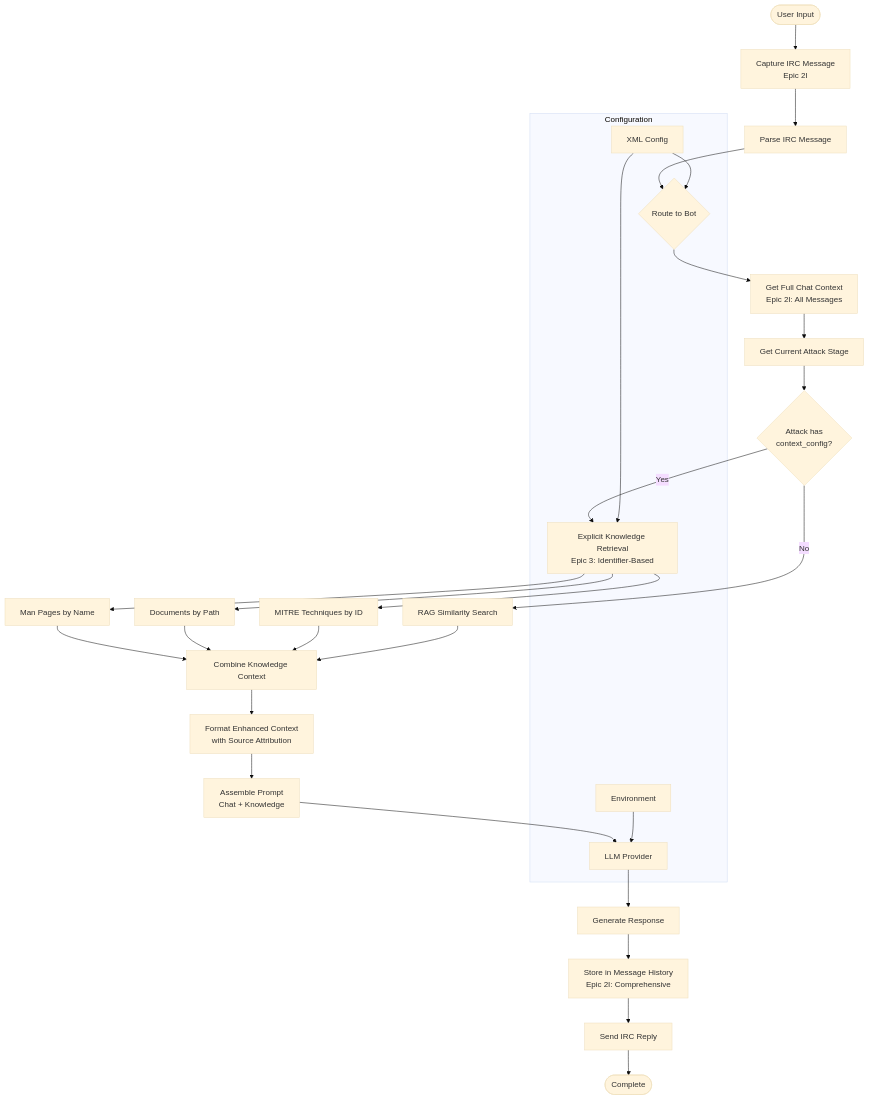
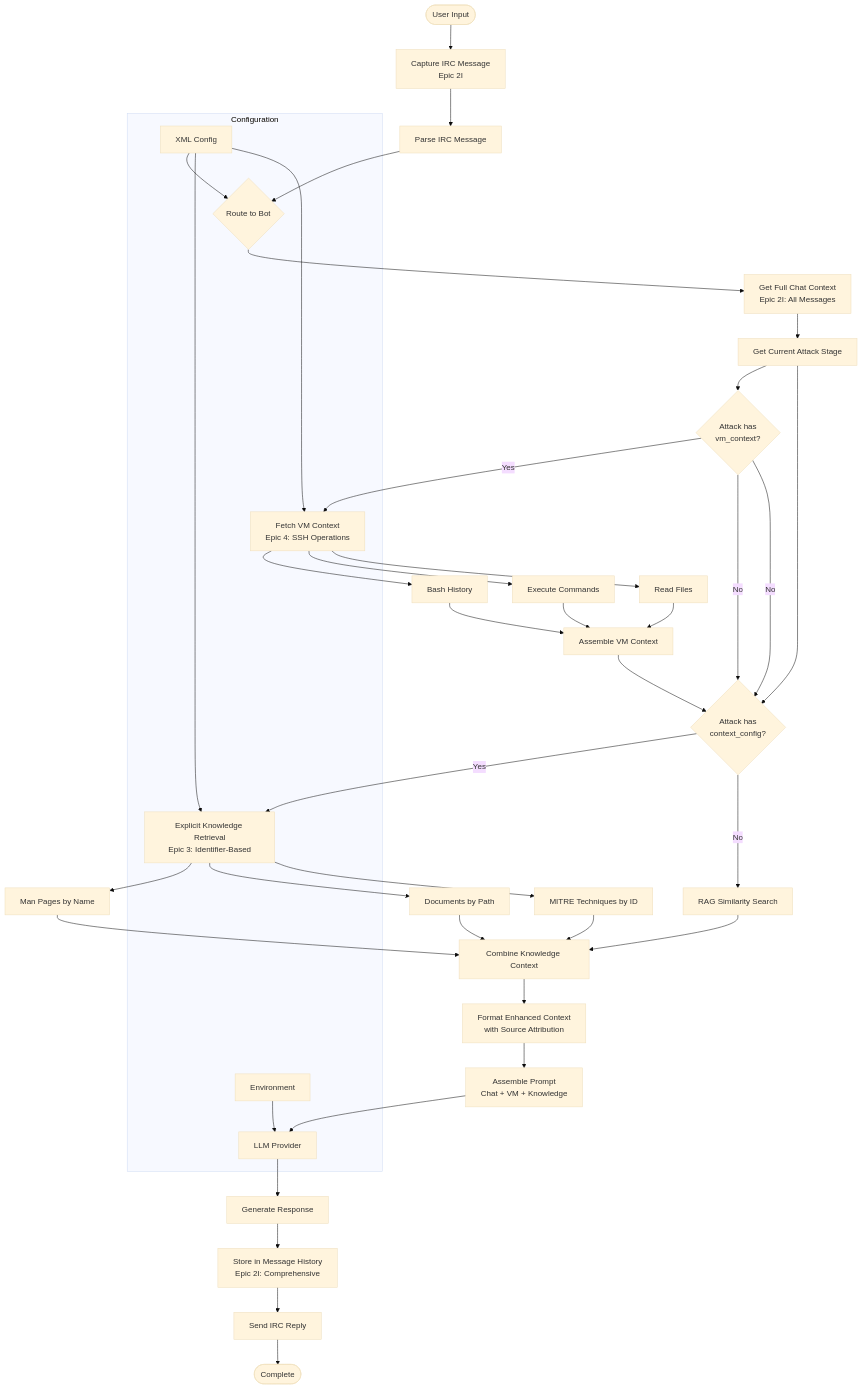
Before and after one commit to mission-deny-the-mission/opt_hackerbot: the third of 8 diagrams in docs/architecture.md, drawn with Mermaid (base theme). The commit also changed other lines of this file and 2 other files, not shown here.

````diff
--- a/docs/architecture.md
+++ b/docs/architecture.md
@@ -300,38 +344,54 @@
 ```mermaid
 flowchart TD
     START([User Input]) --> CAPTURE[Capture IRC Message<br/>Epic 2I]
     CAPTURE --> PARSE[Parse IRC Message]
     PARSE --> ROUTE{Route to Bot}
     
     ROUTE --> CHAT_CONTEXT[Get Full Chat Context<br/>Epic 2I: All Messages]
     CHAT_CONTEXT --> ATTACK_STAGE[Get Current Attack Stage]
+    
+    ATTACK_STAGE --> CHECK_VM_CONTEXT{Attack has<br/>vm_context?}
+    CHECK_VM_CONTEXT -->|Yes| FETCH_VM[Fetch VM Context<br/>Epic 4: SSH Operations]
+    CHECK_VM_CONTEXT -->|No| CHECK_CONFIG
+    
+    FETCH_VM --> BASH_HIST[Bash History]
+    FETCH_VM --> COMMANDS[Execute Commands]
+    FETCH_VM --> FILES[Read Files]
+    
+    BASH_HIST --> VM_ASSEMBLE[Assemble VM Context]
+    COMMANDS --> VM_ASSEMBLE
+    FILES --> VM_ASSEMBLE
+    
+    VM_ASSEMBLE --> CHECK_CONFIG
+    CHECK_VM_CONTEXT -->|No| CHECK_CONFIG
     
     ATTACK_STAGE --> CHECK_CONFIG{Attack has<br/>context_config?}
     CHECK_CONFIG -->|Yes| EXPLICIT[Explicit Knowledge Retrieval<br/>Epic 3: Identifier-Based]
     CHECK_CONFIG -->|No| RAG_ONLY[RAG Similarity Search]
     
     EXPLICIT --> MAN_PAGES[Man Pages by Name]
     EXPLICIT --> DOCS[Documents by Path]
     EXPLICIT --> MITRE[MITRE Techniques by ID]
     
     MAN_PAGES --> COMBINE[Combine Knowledge Context]
     DOCS --> COMBINE
     MITRE --> COMBINE
     RAG_ONLY --> COMBINE
     
     COMBINE --> ENHANCE[Format Enhanced Context<br/>with Source Attribution]
-    ENHANCE --> PROMPT[Assemble Prompt<br/>Chat + Knowledge]
+    ENHANCE --> PROMPT[Assemble Prompt<br/>Chat + VM + Knowledge]
     PROMPT --> LLM[LLM Provider]
     LLM --> RESPONSE[Generate Response]
     RESPONSE --> STORE[Store in Message History<br/>Epic 2I: Comprehensive]
     STORE --> REPLY[Send IRC Reply]
     REPLY --> END([Complete])
     
     subgraph "Configuration"
         CONFIG[XML Config]
         ENV[Environment]
         CONFIG --> ROUTE
         CONFIG --> EXPLICIT
+        CONFIG --> FETCH_VM
         ENV --> LLM
     end
 ```
````
